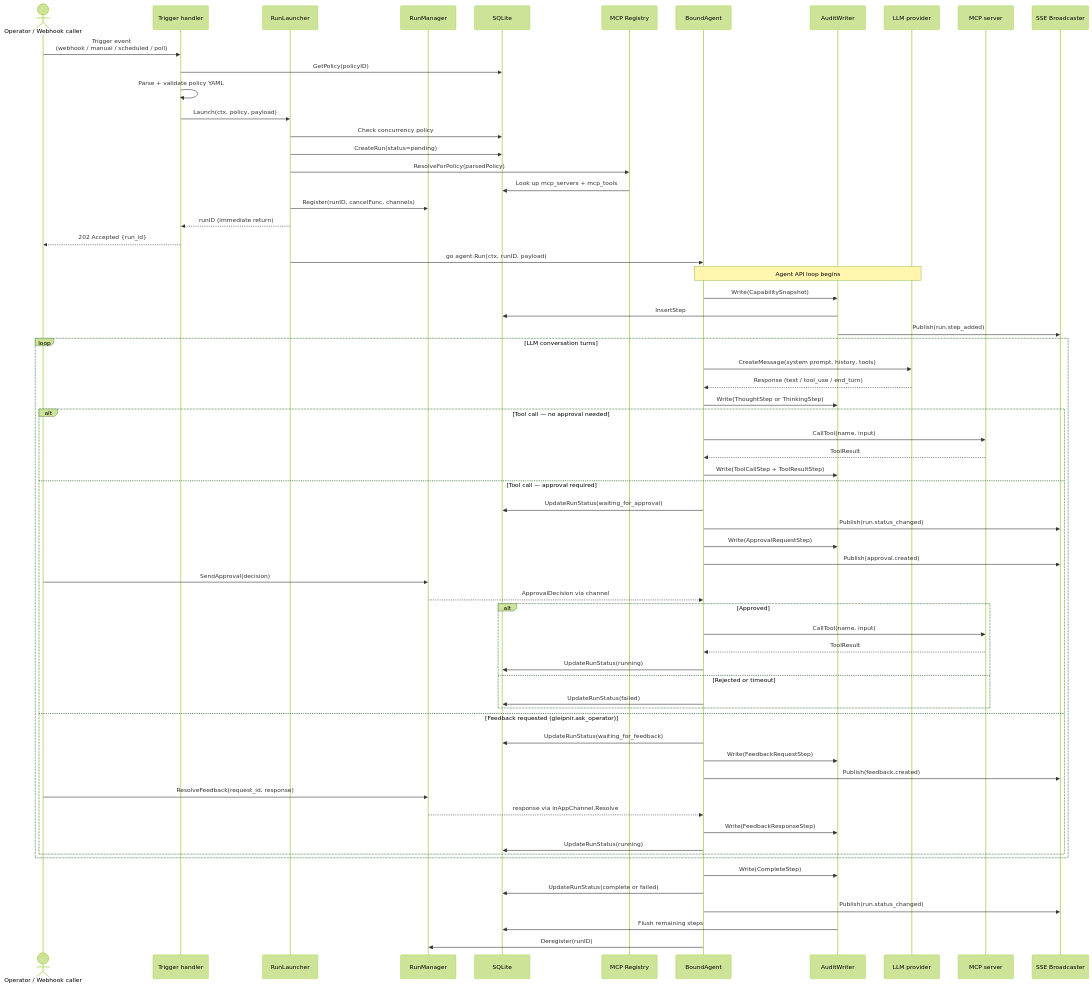
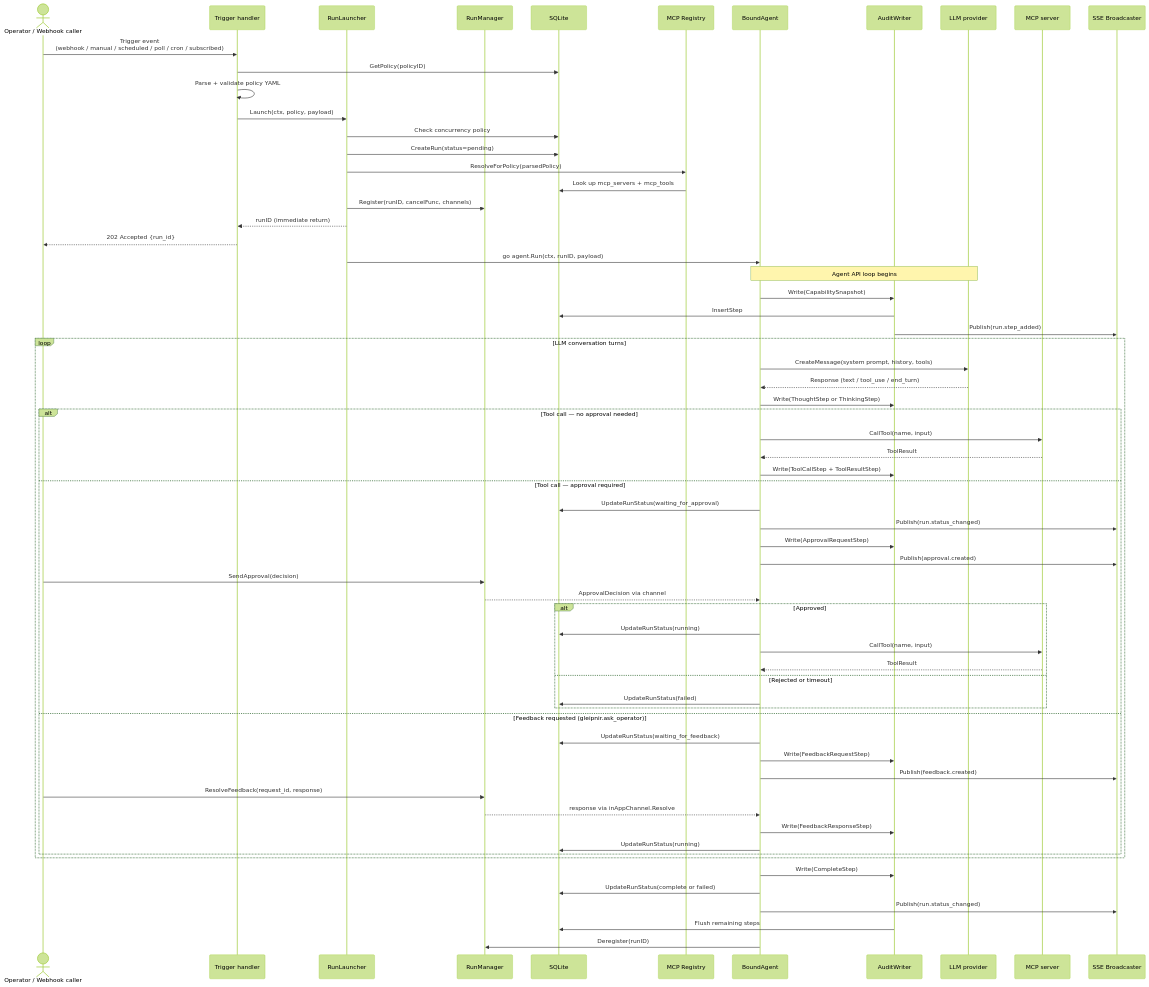
One commit to Felag-Engineering/gleipnir changed the diagram in docs/developer/diagrams/run-execution-flow.md. Above: the diagram before and after it, drawn with Mermaid (forest theme). The commit also changed 37 other files, not shown here.

````diff
--- a/docs/developer/diagrams/run-execution-flow.md
+++ b/docs/developer/diagrams/run-execution-flow.md
@@ -5,82 +5,82 @@
 ```mermaid
 sequenceDiagram
     actor Op as Operator / Webhook caller
     participant T as Trigger handler
     participant RL as RunLauncher
     participant RM as RunManager
     participant DB as SQLite
     participant Reg as MCP Registry
     participant BA as BoundAgent
     participant AW as AuditWriter
     participant LLM as LLM provider
     participant MCP as MCP server
     participant SSE as SSE Broadcaster
 
-    Op ->> T: Trigger event<br/>(webhook / manual / scheduled / poll)
+    Op ->> T: Trigger event<br/>(webhook / manual / scheduled / poll / cron / subscribed)
     T ->> DB: GetPolicy(policyID)
     T ->> T: Parse + validate policy YAML
     T ->> RL: Launch(ctx, policy, payload)
 
     RL ->> DB: Check concurrency policy
     RL ->> DB: CreateRun(status=pending)
     RL ->> Reg: ResolveForPolicy(parsedPolicy)
     Reg ->> DB: Look up mcp_servers + mcp_tools
     RL ->> RM: Register(runID, cancelFunc, channels)
     RL -->> T: runID (immediate return)
     T -->> Op: 202 Accepted {run_id}
 
     RL ->> BA: go agent.Run(ctx, runID, payload)
 
     Note over BA,LLM: Agent API loop begins
 
     BA ->> AW: Write(CapabilitySnapshot)
     AW ->> DB: InsertStep
     AW ->> SSE: Publish(run.step_added)
 
     loop LLM conversation turns
         BA ->> LLM: CreateMessage(system prompt, history, tools)
         LLM -->> BA: Response (text / tool_use / end_turn)
 
         BA ->> AW: Write(ThoughtStep or ThinkingStep)
 
         alt Tool call — no approval needed
             BA ->> MCP: CallTool(name, input)
             MCP -->> BA: ToolResult
             BA ->> AW: Write(ToolCallStep + ToolResultStep)
 
         else Tool call — approval required
             BA ->> DB: UpdateRunStatus(waiting_for_approval)
             BA ->> SSE: Publish(run.status_changed)
             BA ->> AW: Write(ApprovalRequestStep)
             BA ->> SSE: Publish(approval.created)
 
             Op ->> RM: SendApproval(decision)
             RM -->> BA: ApprovalDecision via channel
 
             alt Approved
+                BA ->> DB: UpdateRunStatus(running)
                 BA ->> MCP: CallTool(name, input)
                 MCP -->> BA: ToolResult
-                BA ->> DB: UpdateRunStatus(running)
             else Rejected or timeout
                 BA ->> DB: UpdateRunStatus(failed)
             end
 
         else Feedback requested (gleipnir.ask_operator)
             BA ->> DB: UpdateRunStatus(waiting_for_feedback)
             BA ->> AW: Write(FeedbackRequestStep)
             BA ->> SSE: Publish(feedback.created)
 
             Op ->> RM: ResolveFeedback(request_id, response)
             RM -->> BA: response via inAppChannel.Resolve
 
             BA ->> AW: Write(FeedbackResponseStep)
             BA ->> DB: UpdateRunStatus(running)
         end
     end
 
     BA ->> AW: Write(CompleteStep)
     BA ->> DB: UpdateRunStatus(complete or failed)
     BA ->> SSE: Publish(run.status_changed)
     AW ->> DB: Flush remaining steps
     BA ->> RM: Deregister(runID)
 ```
````
